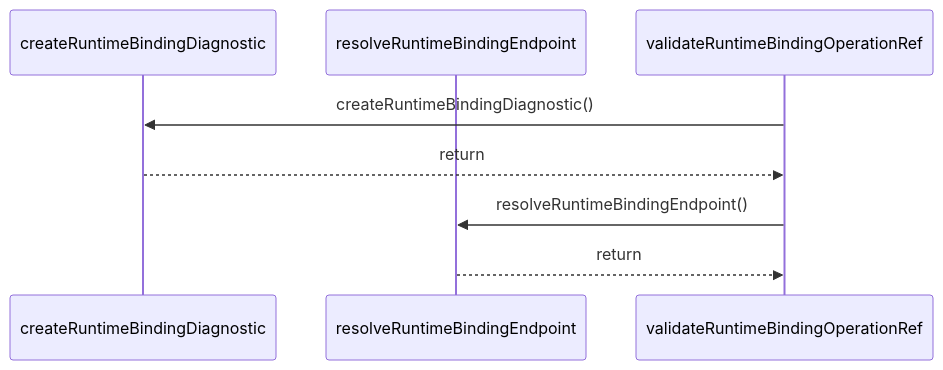
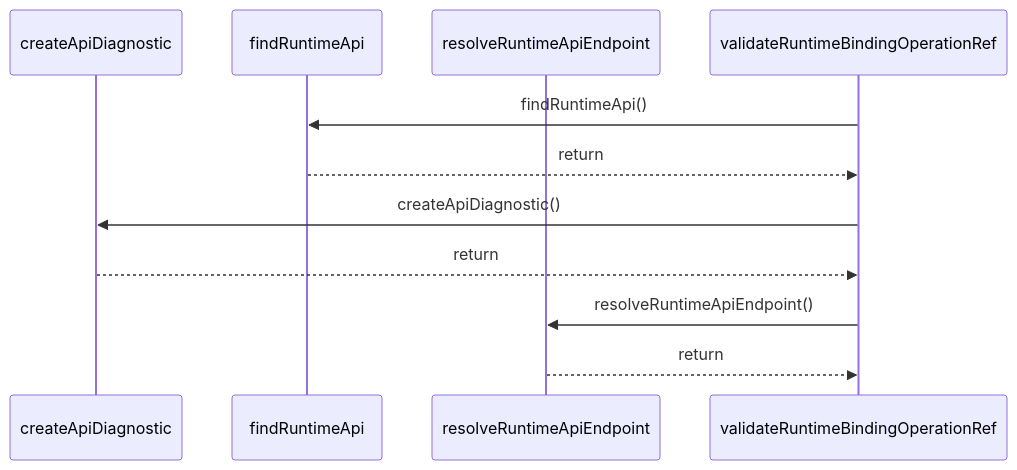
Before and after one commit to ankhorage/runtime: the diagram in paradox/diagrams/sequences/validate-runtime-binding-operation-ref.mmd, drawn with Mermaid. The commit also changed 10 other files, not shown here.

```diff
--- a/paradox/diagrams/sequences/validate-runtime-binding-operation-ref.mmd
+++ b/paradox/diagrams/sequences/validate-runtime-binding-operation-ref.mmd
@@ -1,8 +1,11 @@
 sequenceDiagram
-  participant participant_createRuntimeBindingDiagnostic as createRuntimeBindingDiagnostic
-  participant participant_resolveRuntimeBindingEndpoint as resolveRuntimeBindingEndpoint
+  participant participant_createApiDiagnostic as createApiDiagnostic
+  participant participant_findRuntimeApi as findRuntimeApi
+  participant participant_resolveRuntimeApiEndpoint as resolveRuntimeApiEndpoint
   participant participant_validateRuntimeBindingOperationRef as validateRuntimeBindingOperationRef
-  participant_validateRuntimeBindingOperationRef->>participant_createRuntimeBindingDiagnostic: createRuntimeBindingDiagnostic()
-  participant_createRuntimeBindingDiagnostic-->>participant_validateRuntimeBindingOperationRef: return
-  participant_validateRuntimeBindingOperationRef->>participant_resolveRuntimeBindingEndpoint: resolveRuntimeBindingEndpoint()
-  participant_resolveRuntimeBindingEndpoint-->>participant_validateRuntimeBindingOperationRef: return
+  participant_validateRuntimeBindingOperationRef->>participant_findRuntimeApi: findRuntimeApi()
+  participant_findRuntimeApi-->>participant_validateRuntimeBindingOperationRef: return
+  participant_validateRuntimeBindingOperationRef->>participant_createApiDiagnostic: createApiDiagnostic()
+  participant_createApiDiagnostic-->>participant_validateRuntimeBindingOperationRef: return
+  participant_validateRuntimeBindingOperationRef->>participant_resolveRuntimeApiEndpoint: resolveRuntimeApiEndpoint()
+  participant_resolveRuntimeApiEndpoint-->>participant_validateRuntimeBindingOperationRef: return
```
